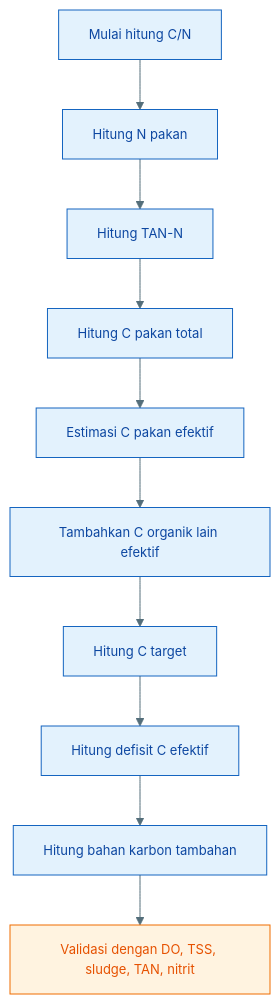
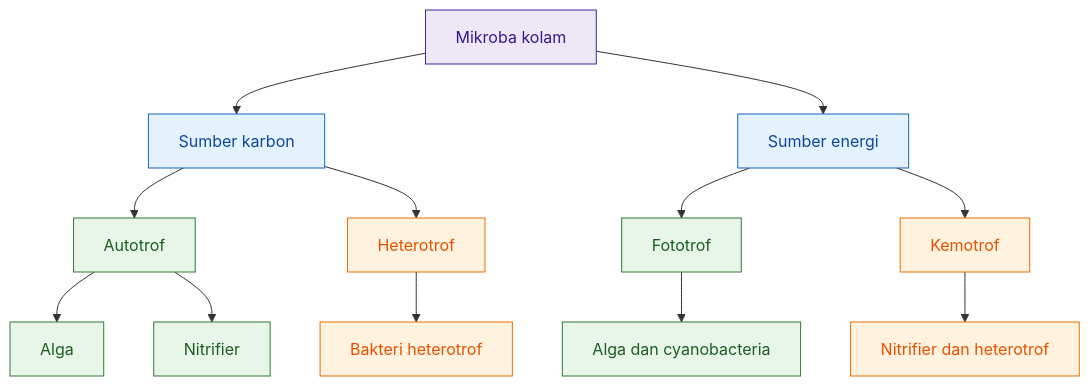
Before and after one commit to slametsampon/kawruhnology: the third of 22 diagrams in content/blog/agri/perikanan/ratio-cn-rendah-biflok.mdx, drawn with Mermaid. The commit also changed other lines of this file, not shown here.

````diff
--- a/content/blog/agri/perikanan/ratio-cn-rendah-biflok.mdx
+++ b/content/blog/agri/perikanan/ratio-cn-rendah-biflok.mdx
@@ -541,32 +609,30 @@
-```mermaid id="sop-sebelum-menambah-karbon"
-%%{init: {'theme':'base','themeVariables':{
-'primaryColor':'#E3F2FD',
-'primaryTextColor':'#0D47A1',
-'primaryBorderColor':'#1565C0',
-'secondaryColor':'#E8F5E9',
-'secondaryTextColor':'#1B5E20',
-'secondaryBorderColor':'#2E7D32',
-'tertiaryColor':'#FFF3E0',
-'tertiaryTextColor':'#E65100',
-'tertiaryBorderColor':'#EF6C00',
-'lineColor':'#546E7A',
-'fontSize':'13px'
-}}}%%
+```mermaid
 flowchart TD
-    A["Mulai hitung C/N"] --> B["Hitung N pakan"]
-    B --> C["Hitung TAN-N"]
-    C --> D["Hitung C pakan total"]
-    D --> E["Estimasi C pakan efektif"]
-    E --> F["Tambahkan C organik lain efektif"]
-    F --> G["Hitung C target"]
-    G --> H["Hitung defisit C efektif"]
-    H --> I["Hitung bahan karbon tambahan"]
-    I --> J["Validasi dengan DO, TSS, sludge, TAN, nitrit"]
+    A["Mikroba kolam"] --> B["Sumber karbon"]
+    A --> C["Sumber energi"]
 
-    classDef input fill:#E3F2FD,stroke:#1565C0,color:#0D47A1;
-    classDef hitung fill:#E8F5E9,stroke:#2E7D32,color:#1B5E20;
-    classDef validasi fill:#FFF3E0,stroke:#EF6C00,color:#E65100;
+    B --> D["Autotrof"]
+    B --> E["Heterotrof"]
 
-    class A,B,C,D,E,F,G,H,I input;
-    class J validasi;
+    C --> F["Fototrof"]
+    C --> G["Kemotrof"]
+
+    D --> H["Alga"]
+    D --> I["Nitrifier"]
+
+    E --> J["Bakteri heterotrof"]
+
+    F --> K["Alga dan cyanobacteria"]
+    G --> L["Nitrifier dan heterotrof"]
+
+    classDef root fill:#ede7f6,stroke:#4527a0,color:#311b92;
+    classDef group fill:#e3f2fd,stroke:#1565c0,color:#0d47a1;
+    classDef auto fill:#e8f5e9,stroke:#2e7d32,color:#1b5e20;
+    classDef hetero fill:#fff3e0,stroke:#ef6c00,color:#e65100;
+    classDef note fill:#fce4ec,stroke:#ad1457,color:#880e4f;
+
+    class A root;
+    class B,C group;
+    class D,F,H,I,K auto;
+    class E,G,J,L hetero;
 ```
````
